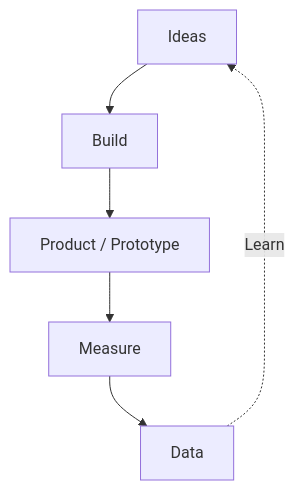
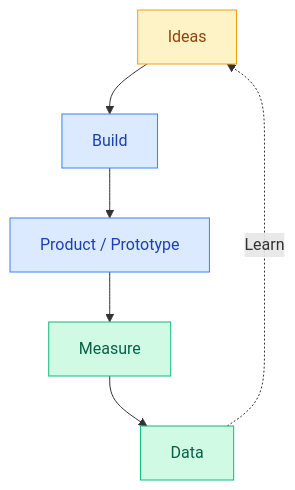
The diagram in docs/product-design/explanation/lean-ux.md (smileynet/ui-optimizer), drawn with Mermaid before and after one commit. The commit also changed 8 other files, not shown here.

First line of the commit message:
feat: add diagram best practices and consistent styling

````diff
--- a/docs/product-design/explanation/lean-ux.md
+++ b/docs/product-design/explanation/lean-ux.md
@@ -23,8 +23,12 @@
 ```mermaid
 flowchart TB
-    IDEAS[Ideas] --> BUILD[Build]
-    BUILD --> PRODUCT[Product / Prototype]
-    PRODUCT --> MEASURE[Measure]
-    MEASURE --> DATA[Data]
+    classDef ideate fill:#FEF3C7,stroke:#F59E0B,color:#92400E
+    classDef build fill:#DBEAFE,stroke:#3B82F6,color:#1E40AF
+    classDef measure fill:#D1FAE5,stroke:#10B981,color:#065F46
+    
+    IDEAS[Ideas]:::ideate --> BUILD[Build]:::build
+    BUILD --> PRODUCT[Product / Prototype]:::build
+    PRODUCT --> MEASURE[Measure]:::measure
+    MEASURE --> DATA[Data]:::measure
     DATA -.->|Learn| IDEAS
 ```
````
